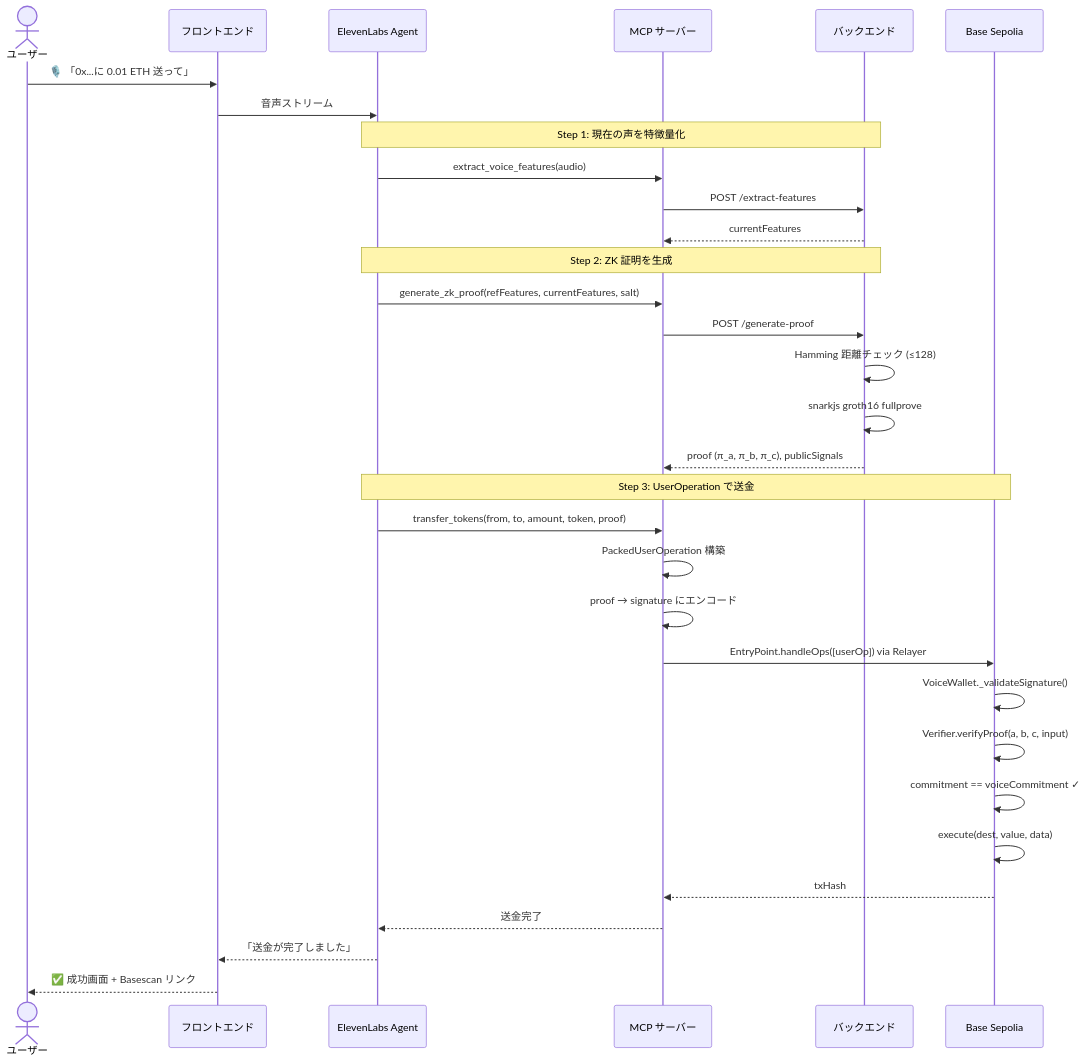
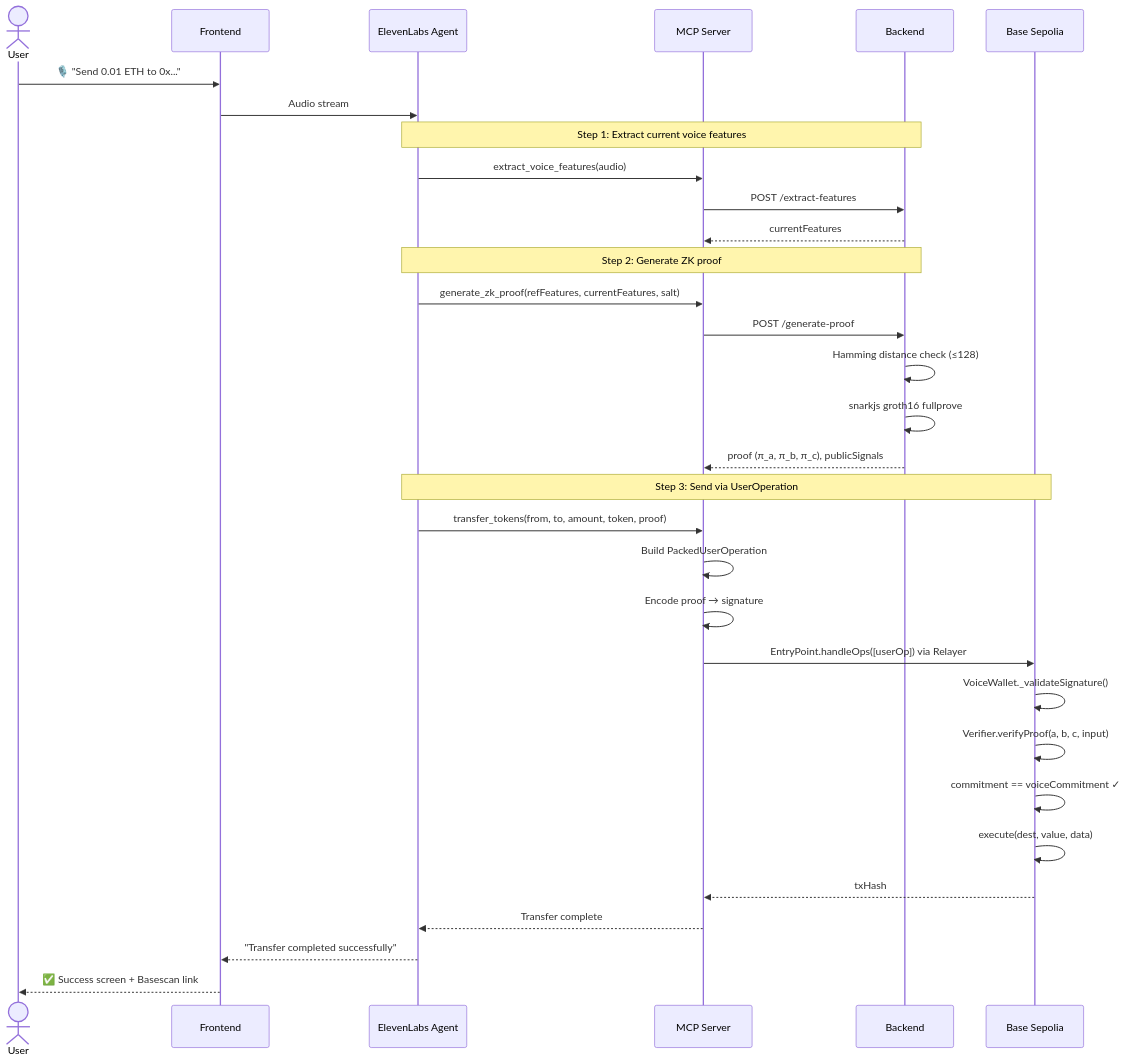
One commit to mashharuki/Mistral-Worldwide-Hackathon changed the fourth of 5 diagrams in README.md. Above: the diagram before and after it, drawn with Mermaid. The commit also changed other lines of this file and 3 other files, not shown here.

````diff
--- a/README.md
+++ b/README.md
@@ -192,38 +192,38 @@
 ```mermaid
 sequenceDiagram
-    actor User as ユーザー
-    participant FE as フロントエンド
+    actor User as User
+    participant FE as Frontend
     participant Agent as ElevenLabs Agent
-    participant MCP as MCP サーバー
-    participant BE as バックエンド
+    participant MCP as MCP Server
+    participant BE as Backend
     participant Chain as Base Sepolia
 
-    User->>FE: 🎙️ 「0x...に 0.01 ETH 送って」
-    FE->>Agent: 音声ストリーム
+    User->>FE: 🎙️ "Send 0.01 ETH to 0x..."
+    FE->>Agent: Audio stream
 
-    Note over Agent, BE: Step 1: 現在の声を特徴量化
+    Note over Agent, BE: Step 1: Extract current voice features
     Agent->>MCP: extract_voice_features(audio)
     MCP->>BE: POST /extract-features
     BE-->>MCP: currentFeatures
 
-    Note over Agent, BE: Step 2: ZK 証明を生成
+    Note over Agent, BE: Step 2: Generate ZK proof
     Agent->>MCP: generate_zk_proof(refFeatures, currentFeatures, salt)
     MCP->>BE: POST /generate-proof
-    BE->>BE: Hamming 距離チェック (≤128)
+    BE->>BE: Hamming distance check (≤128)
     BE->>BE: snarkjs groth16 fullprove
     BE-->>MCP: proof (π_a, π_b, π_c), publicSignals
 
-    Note over Agent, Chain: Step 3: UserOperation で送金
+    Note over Agent, Chain: Step 3: Send via UserOperation
     Agent->>MCP: transfer_tokens(from, to, amount, token, proof)
-    MCP->>MCP: PackedUserOperation 構築
-    MCP->>MCP: proof → signature にエンコード
+    MCP->>MCP: Build PackedUserOperation
+    MCP->>MCP: Encode proof → signature
     MCP->>Chain: EntryPoint.handleOps([userOp]) via Relayer
     Chain->>Chain: VoiceWallet._validateSignature()
     Chain->>Chain: Verifier.verifyProof(a, b, c, input)
     Chain->>Chain: commitment == voiceCommitment ✓
     Chain->>Chain: execute(dest, value, data)
     Chain-->>MCP: txHash
-    MCP-->>Agent: 送金完了
-    Agent-->>FE: 「送金が完了しました」
-    FE-->>User: ✅ 成功画面 + Basescan リンク
+    MCP-->>Agent: Transfer complete
+    Agent-->>FE: "Transfer completed successfully"
+    FE-->>User: ✅ Success screen + Basescan link
 ```
````
